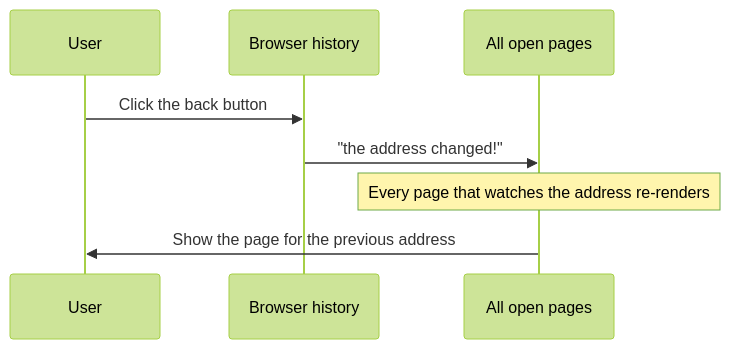
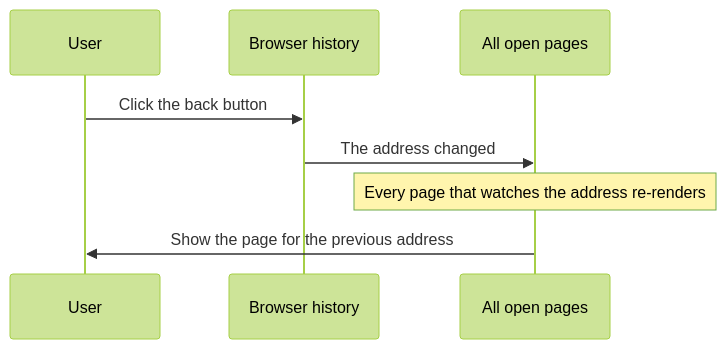
The second of 2 diagrams in docs/frontend/frontend-router-system.md (JaxzTan/ft_transcendence), drawn with Mermaid (forest theme) before and after one commit. The commit also changed other lines of this file and 39 other files, not shown here.

````diff
--- a/docs/frontend/frontend-router-system.md
+++ b/docs/frontend/frontend-router-system.md
@@ -78,11 +78,11 @@
 ```mermaid
 sequenceDiagram
     participant User
     participant History as Browser history
     participant Pages as All open pages
 
     User->>History: Click the back button
-    History->>Pages: "the address changed!"
+    History->>Pages: The address changed
     Note over Pages: Every page that watches the address re-renders
     Pages->>User: Show the page for the previous address
 ```
````
